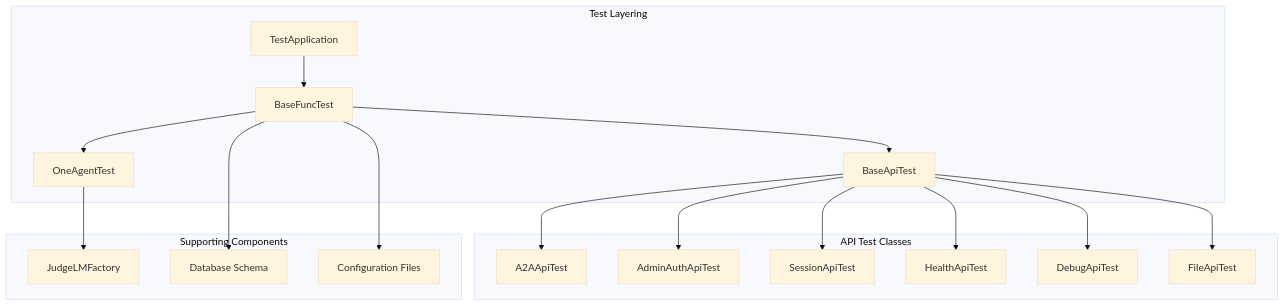
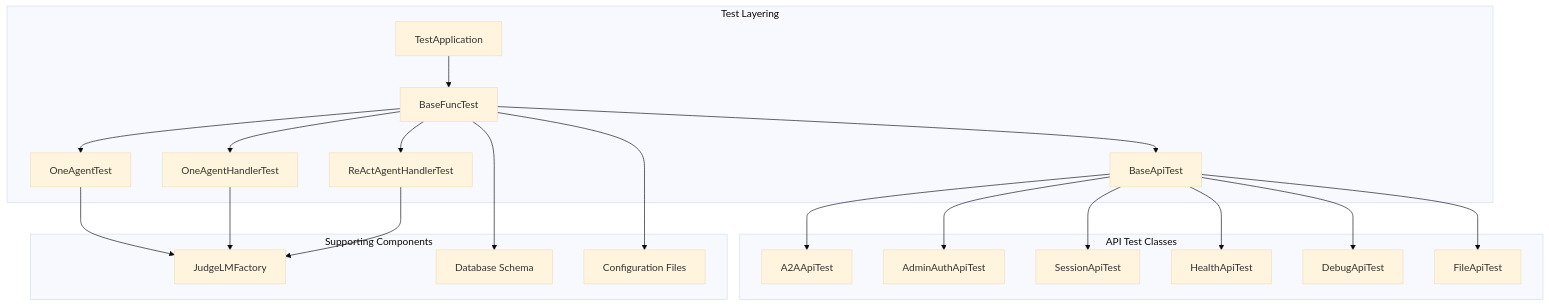
The first of 9 diagrams in .qoder/repowiki/en/content/Development Guidelines/Comprehensive Testing Framework.md (alibaba/tron-one-agent), drawn with Mermaid (base theme) before and after one commit. The commit also changed other lines of this file and 8 other files, not shown here.

````diff
--- a/.qoder/repowiki/en/content/Development Guidelines/Comprehensive Testing Framework.md
+++ b/.qoder/repowiki/en/content/Development Guidelines/Comprehensive Testing Framework.md
@@ -44,30 +58,34 @@
 ```mermaid
 graph TB
 subgraph "Test Layering"
 A[TestApplication] --> B[BaseFuncTest]
 B --> C[BaseApiTest]
 B --> D[OneAgentTest]
+B --> E[OneAgentHandlerTest]
+B --> F[ReActAgentHandlerTest]
 end
 subgraph "API Test Classes"
-E[A2AApiTest]
-F[AdminAuthApiTest]
-G[SessionApiTest]
-H[HealthApiTest]
-I[DebugApiTest]
-J[FileApiTest]
+G[A2AApiTest]
+H[AdminAuthApiTest]
+I[SessionApiTest]
+J[HealthApiTest]
+K[DebugApiTest]
+L[FileApiTest]
 end
 subgraph "Supporting Components"
-K[JudgeLMFactory]
-L[Database Schema]
-M[Configuration Files]
+M[JudgeLMFactory]
+N[Database Schema]
+O[Configuration Files]
 end
-C --> E
-C --> F
 C --> G
 C --> H
 C --> I
 C --> J
-D --> K
-B --> L
-B --> M
+C --> K
+C --> L
+D --> M
+E --> M
+F --> M
+B --> N
+B --> O
 ```
````
